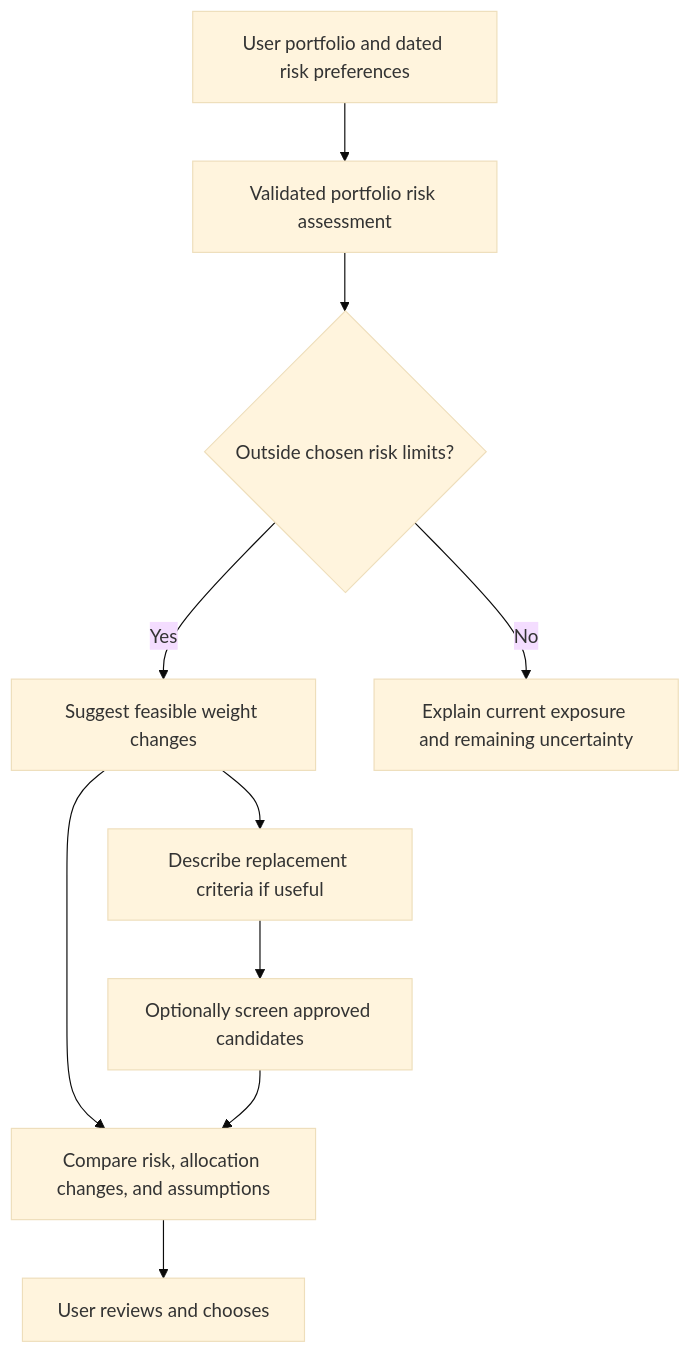
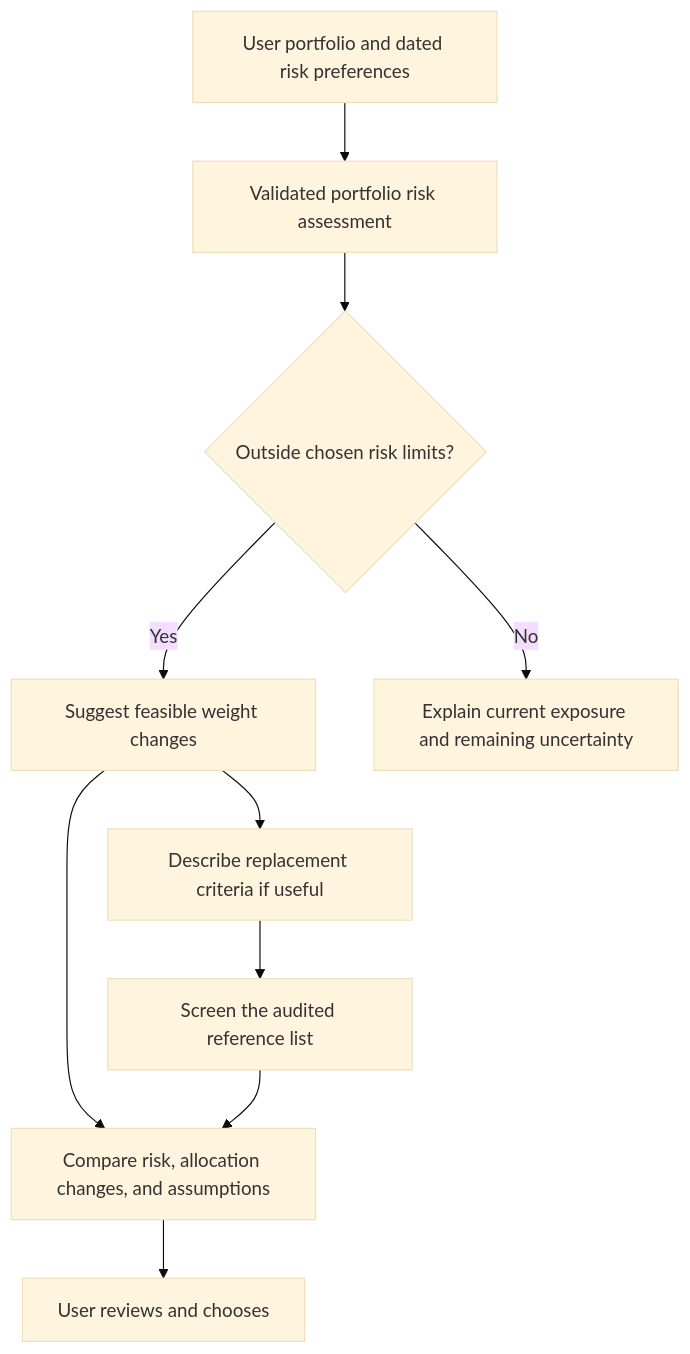
The diagram in docs/PORTFOLIO_ADJUSTMENT_ROADMAP.md (alisaayz/portfolio-risk), drawn with Mermaid (base theme) before and after one commit. The commit also changed other lines of this file and 10 other files, not shown here.

````diff
--- a/docs/PORTFOLIO_ADJUSTMENT_ROADMAP.md
+++ b/docs/PORTFOLIO_ADJUSTMENT_ROADMAP.md
@@ -21,12 +21,12 @@
 ```mermaid
 flowchart TD
     A[User portfolio and dated risk preferences] --> B[Validated portfolio risk assessment]
     B --> C{Outside chosen risk limits?}
     C -->|Yes| D[Suggest feasible weight changes]
     D --> E[Describe replacement criteria if useful]
-    E --> F[Optionally screen approved candidates]
+    E --> F[Screen the audited reference list]
     D --> G[Compare risk, allocation changes, and assumptions]
     F --> G
     C -->|No| H[Explain current exposure and remaining uncertainty]
     G --> I[User reviews and chooses]
 ```
````
